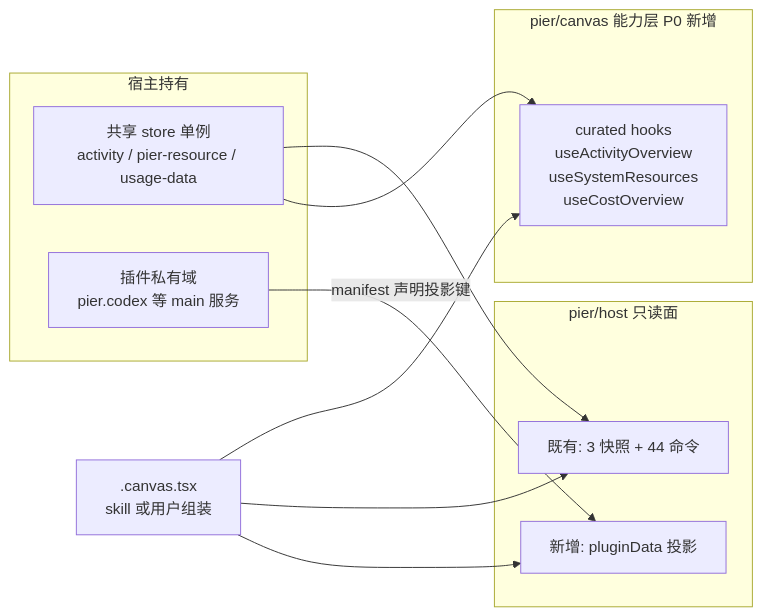
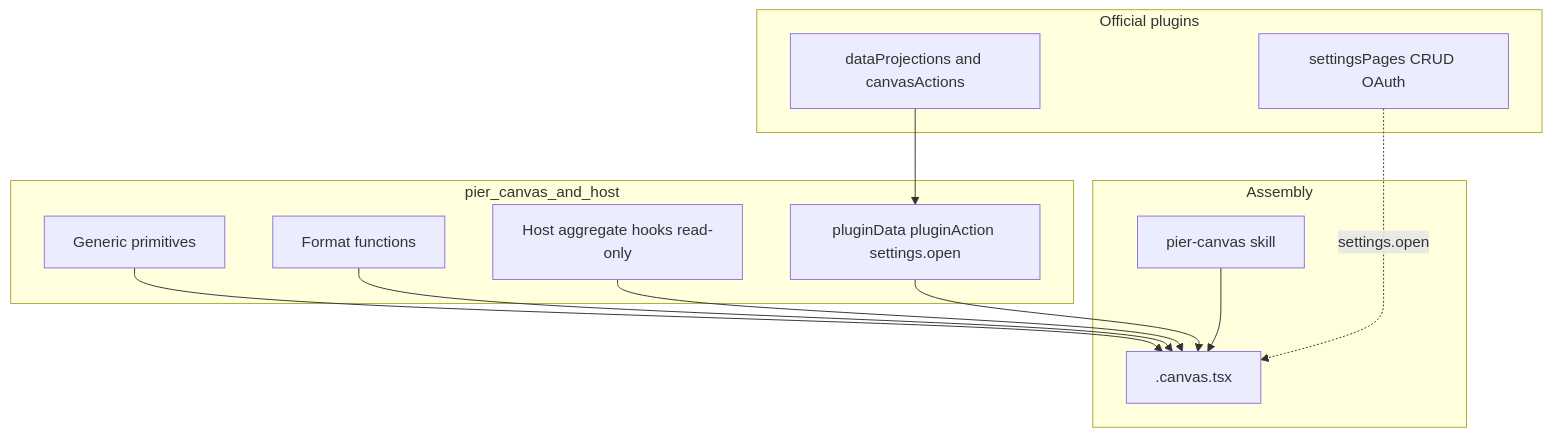
One commit to runloom/pier changed the diagram in docs/superpowers/specs/2026-08-24-workbench-into-canvas-teardown-design.md. Above: the diagram before and after it, drawn with Mermaid. The commit also changed other lines of this file and 337 other files, not shown here.

````diff
--- a/docs/superpowers/specs/2026-08-24-workbench-into-canvas-teardown-design.md
+++ b/docs/superpowers/specs/2026-08-24-workbench-into-canvas-teardown-design.md
@@ -28,17 +28,24 @@
 ```mermaid
-flowchart LR
-  subgraph 宿主持有
-    S[共享 store 单例<br/>activity / pier-resource / usage-data]
-    P[插件私有域<br/>pier.codex 等 main 服务]
+flowchart TB
+  subgraph host [pier_canvas_and_host]
+    Prim[Generic primitives]
+    Fmt[Format functions]
+    Hooks[Host aggregate hooks read-only]
+    API[pluginData pluginAction settings.open]
   end
-  subgraph pier/host 只读面
-    A[既有: 3 快照 + 44 命令]
-    N[新增: pluginData 投影]
+  subgraph plugins [Official plugins]
+    Proj[dataProjections and canvasActions]
+    Settings[settingsPages CRUD OAuth]
   end
-  subgraph pier/canvas 能力层 P0 新增
-    H[curated hooks<br/>useActivityOverview<br/>useSystemResources<br/>useCostOverview]
+  subgraph assemble [Assembly]
+    Skill[pier-canvas skill]
+    File[".canvas.tsx"]
   end
-  C[.canvas.tsx<br/>skill 或用户组装] --> H & A & N
-  S --> A & H
-  P -->|manifest 声明投影键| N
+  Prim --> File
+  Fmt --> File
+  Hooks --> File
+  API --> File
+  Proj --> API
+  Skill --> File
+  Settings -.->|"settings.open"| File
 ```
````
